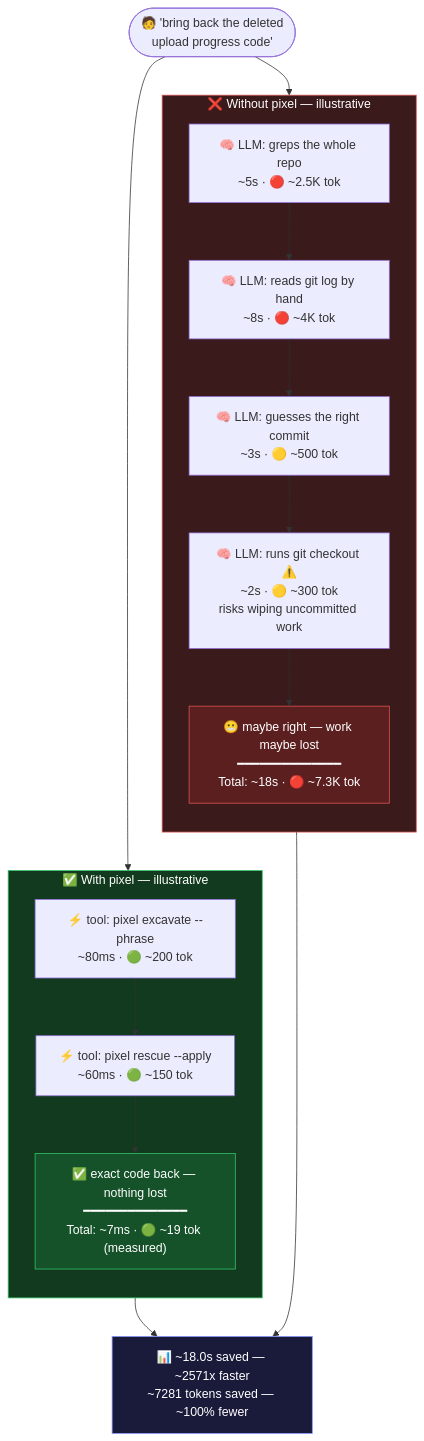
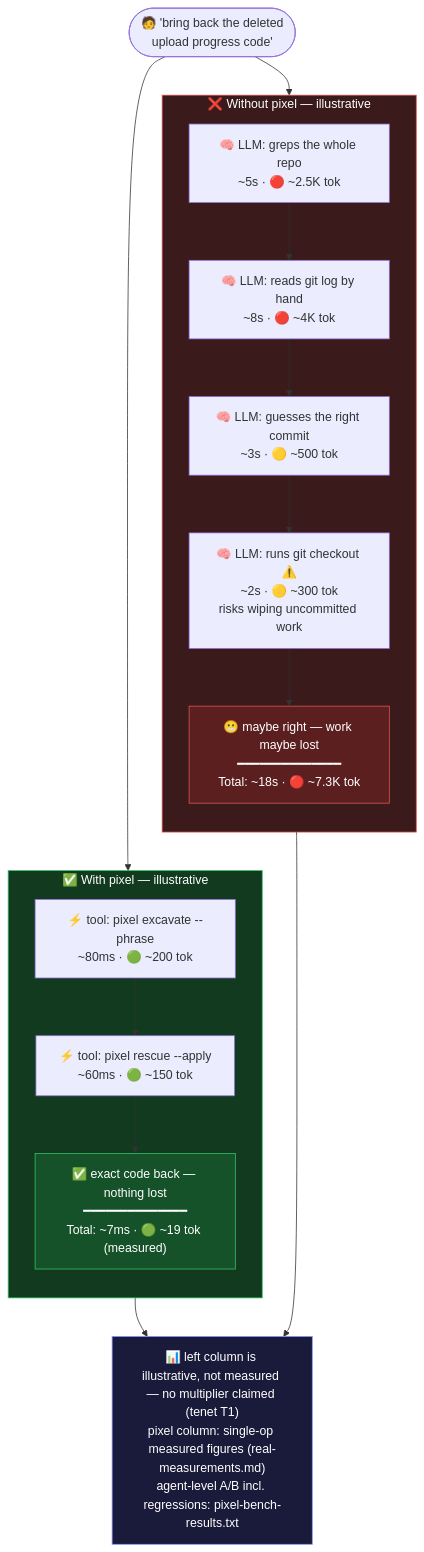
Before and after one commit to Pixel-CLI/pixel: the diagram in docs/examples/01-recover-deleted-code.mmd, drawn with Mermaid. The commit also changed 57 other files, not shown here.

```diff
--- a/docs/examples/01-recover-deleted-code.mmd
+++ b/docs/examples/01-recover-deleted-code.mmd
@@ -1,32 +1,32 @@
 flowchart TD
     Ask(["🧑 'bring back the deleted<br/>upload progress code'"])
     Ask --> w1
     Ask --> p1
     w1 ~~~ p1
 
     subgraph W ["❌ Without pixel — illustrative"]
         direction TB
         w1["🧠 LLM: greps the whole repo<br/>~5s · 🔴 ~2.5K tok"] --> w2
         w2["🧠 LLM: reads git log by hand<br/>~8s · 🔴 ~4K tok"] --> w3
         w3["🧠 LLM: guesses the right commit<br/>~3s · 🟡 ~500 tok"] --> w4
         w4["🧠 LLM: runs git checkout ⚠️<br/>~2s · 🟡 ~300 tok<br/>risks wiping uncommitted work"]
         w4 --> w5["😬 maybe right — work maybe lost<br/>━━━━━━━━━━━━━━<br/>Total: ~18s · 🔴 ~7.3K tok"]
     end
 
     subgraph P ["✅ With pixel — illustrative"]
         direction TB
         p1["⚡ tool: pixel excavate --phrase<br/>~80ms · 🟢 ~200 tok"] --> p2
         p2["⚡ tool: pixel rescue --apply<br/>~60ms · 🟢 ~150 tok"]
         p2 --> p3["✅ exact code back — nothing lost<br/>━━━━━━━━━━━━━━<br/>Total: ~7ms · 🟢 ~19 tok (measured)"]
     end
 
     w5 --> Recap
     p3 --> Recap
-    Recap["📊 ~18.0s saved — ~2571x faster<br/>~7281 tokens saved — ~100% fewer"]
+    Recap["📊 left column is illustrative, not measured — no multiplier claimed (tenet T1)<br/>pixel column: single-op measured figures (real-measurements.md)<br/>agent-level A/B incl. regressions: pixel-bench-results.txt"]
 
     style W fill:#3a1a1a,stroke:#e05555,color:#fff
     style P fill:#123a1e,stroke:#33c76a,color:#fff
     style w5 fill:#5c1f1f,stroke:#e05555,color:#fff
     style p3 fill:#155229,stroke:#33c76a,color:#fff
     style Recap fill:#1a1a3a,stroke:#8899ff,color:#fff
     linkStyle 2 stroke-width:0px
```
